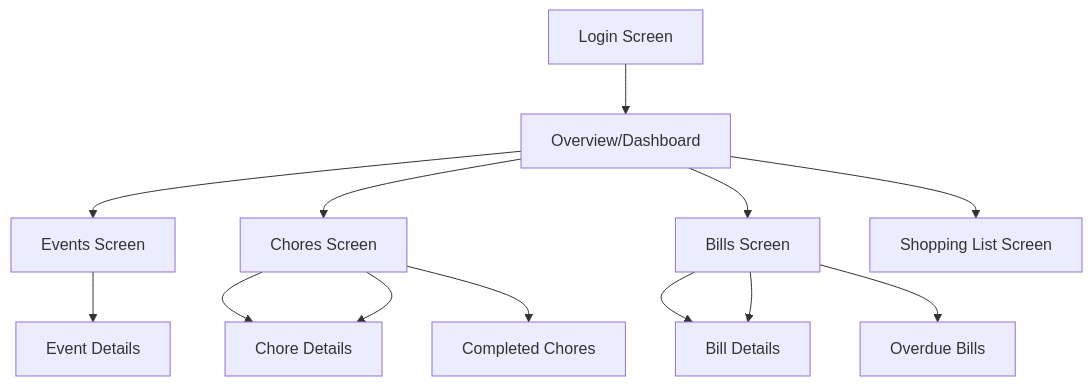
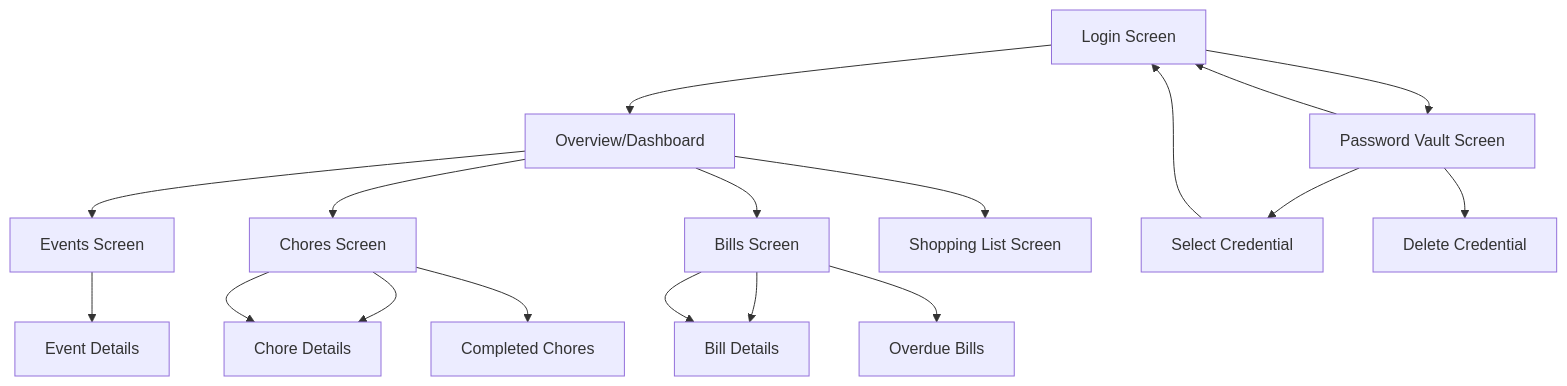
Before and after one commit to eWarzywo/project-mobilki: the second of 2 diagrams in README.md, drawn with Mermaid. The commit also changed other lines of this file and 2 other files, not shown here.

````diff
--- a/README.md
+++ b/README.md
@@ -158,18 +174,24 @@
 ```mermaid
 graph TD
     A[Login Screen] --> B[Overview/Dashboard]
+    A --> G[Password Vault Screen]
+    G --> A
     B --> C[Events Screen]
     B --> D[Chores Screen]
     B --> E[Bills Screen]
     B --> F[Shopping List Screen]
 
     D --> D1[Todo Chores]
     D --> D2[Completed Chores]
 
     E --> E1[Upcoming Bills]
     E --> E2[Overdue Bills]
 
     C --> C1[Event Details]
     E --> E1[Bill Details]
     D --> D1[Chore Details]
+
+    G --> G1[Select Credential]
+    G1 --> A
+    G --> G2[Delete Credential]
 ```
````
